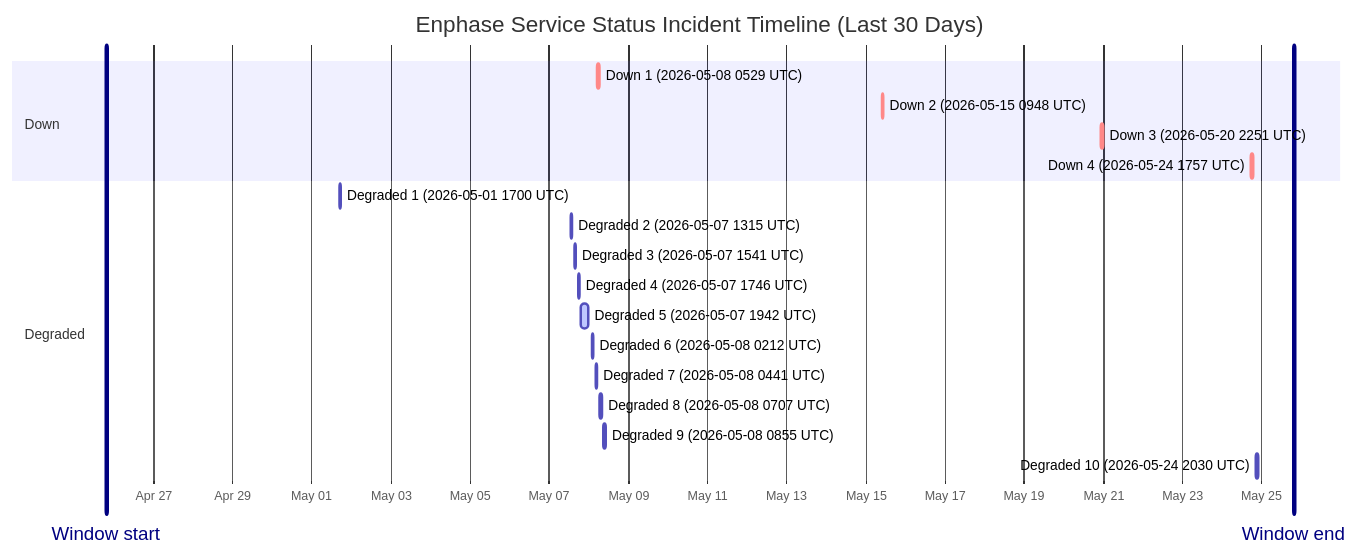
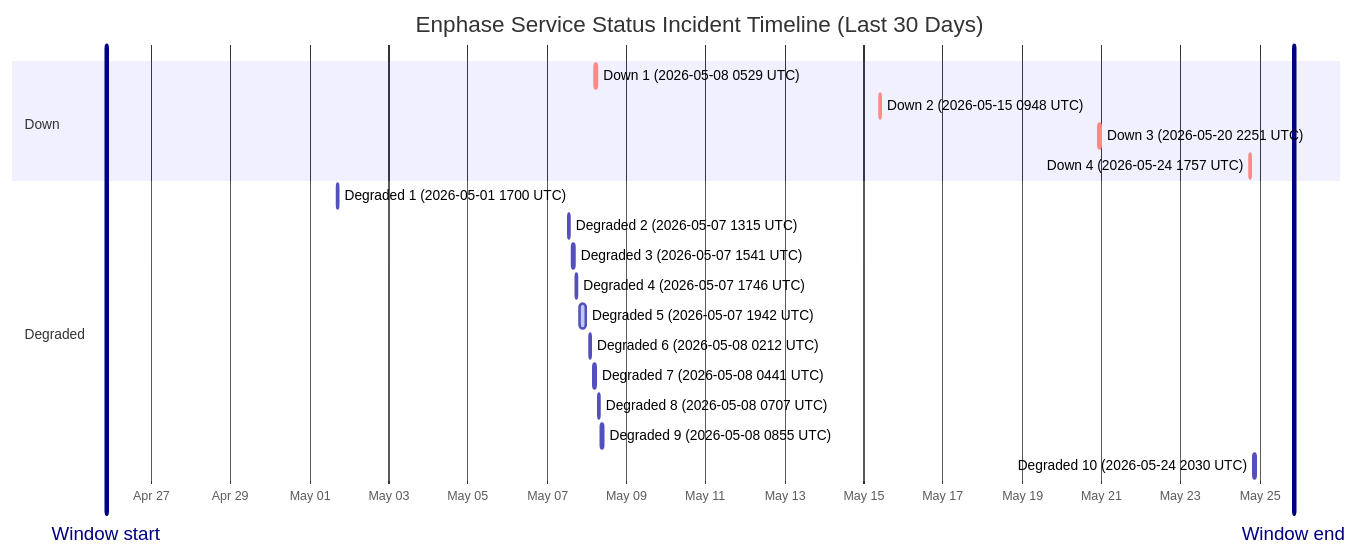
One commit to barneyonline/ha-enphase-ev-charger changed the diagram in wiki/Service-Status-History.md. Above: the diagram before and after it, drawn with Mermaid. The commit also changed other lines of this file and 3 other files, not shown here.

````diff
--- a/wiki/Service-Status-History.md
+++ b/wiki/Service-Status-History.md
@@ -14,24 +14,24 @@
 ```mermaid
 gantt
     title Enphase Service Status Incident Timeline (Last 30 Days)
     dateFormat  YYYY-MM-DDTHH:mm:ss
     axisFormat  %b %d
-    Window start :vert, window-start, 2026-04-25T19:28:25, 0ms
-    Window end :vert, window-end, 2026-05-25T19:28:25, 0ms
+    Window start :vert, window-start, 2026-04-25T20:49:42, 0ms
+    Window end :vert, window-end, 2026-05-25T20:49:42, 0ms
     section Down
     Down 1 (2026-05-08 0529 UTC) :crit, down-1, 2026-05-08T05:29:47, 60m
     Down 2 (2026-05-15 0948 UTC) :crit, down-2, 2026-05-15T09:48:18, 60m
     Down 3 (2026-05-20 2251 UTC) :crit, down-3, 2026-05-20T22:51:14, 75m
     Down 4 (2026-05-24 1757 UTC) :crit, down-4, 2026-05-24T17:57:41, 86m
     section Degraded
     Degraded 1 (2026-05-01 1700 UTC) :active, degraded-1, 2026-05-01T17:00:22, 60m
     Degraded 2 (2026-05-07 1315 UTC) :active, degraded-2, 2026-05-07T13:15:25, 60m
     Degraded 3 (2026-05-07 1541 UTC) :active, degraded-3, 2026-05-07T15:41:58, 60m
     Degraded 4 (2026-05-07 1746 UTC) :active, degraded-4, 2026-05-07T17:46:51, 60m
     Degraded 5 (2026-05-07 1942 UTC) :active, degraded-5, 2026-05-07T19:42:10, 249m
     Degraded 6 (2026-05-08 0212 UTC) :active, degraded-6, 2026-05-08T02:12:39, 60m
     Degraded 7 (2026-05-08 0441 UTC) :active, degraded-7, 2026-05-08T04:41:46, 60m
     Degraded 8 (2026-05-08 0707 UTC) :active, degraded-8, 2026-05-08T07:07:30, 60m
     Degraded 9 (2026-05-08 0855 UTC) :active, degraded-9, 2026-05-08T08:55:20, 88m
     Degraded 10 (2026-05-24 2030 UTC) :active, degraded-10, 2026-05-24T20:30:57, 84m
 ```
````
